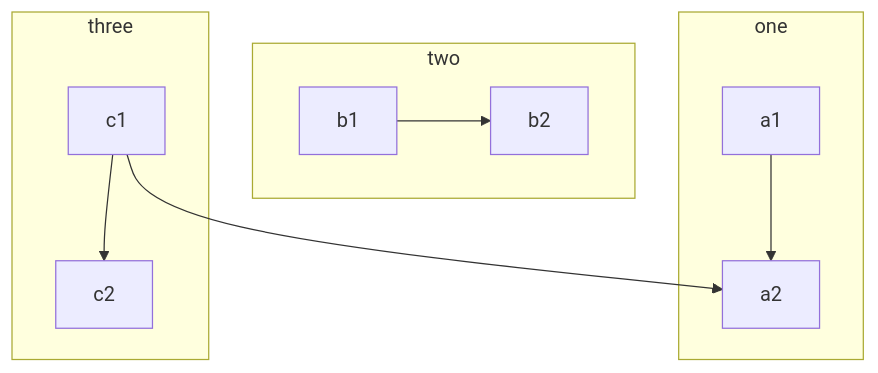
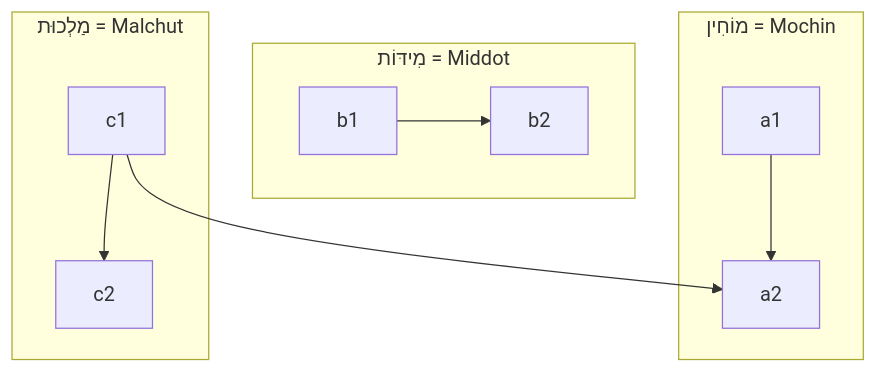
One commit to josefsbreakfast/Polaris-Protocol changed the second of 2 diagrams in Polaris_Nest/Git_Intake_Drawer/🍷_Always_Spiritually_In_Jerusalem/🌳_three_overaching_clusters.md. Above: the diagram before and after it, drawn with Mermaid.

````diff
--- a/Polaris_Nest/Git_Intake_Drawer/🍷_Always_Spiritually_In_Jerusalem/🌳_three_overaching_clusters.md
+++ b/Polaris_Nest/Git_Intake_Drawer/🍷_Always_Spiritually_In_Jerusalem/🌳_three_overaching_clusters.md
@@ -26,13 +26,13 @@
 ```mermaid
 graph TB
     c1 --> a2
-    subgraph one
+    subgraph one[מוֹחִין = Mochin]
     a1 --> a2
     end
-    subgraph two
+    subgraph two[מִידּוֹת  = Middot]
     b1 --> b2
     end
-    subgraph three
+    subgraph three[מַלְכוּת = Malchut]
     c1 --> c2
     end
   ```
````
